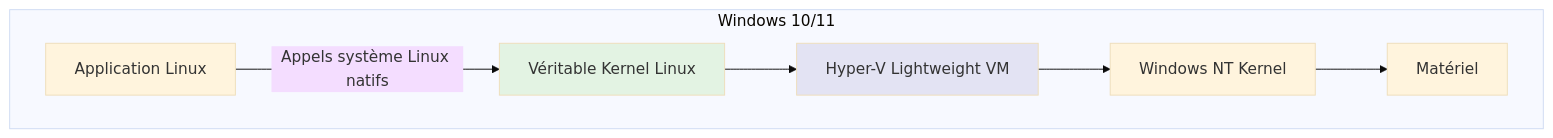
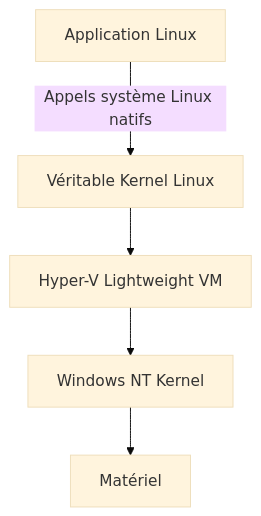
Before and after one commit to zyrass/omnydocs: the second of 4 diagrams in docs/bases/outils/environnement-virtuel/wsl.md, drawn with Mermaid (base theme). The commit also changed other lines of this file and 593 other files, not shown here.

````diff
--- a/docs/bases/outils/environnement-virtuel/wsl.md
+++ b/docs/bases/outils/environnement-virtuel/wsl.md
@@ -63,18 +61,13 @@
 ```mermaid
-graph TB
-    subgraph "Windows 10/11"
-        A[Application Linux]
-        B[Véritable Kernel Linux]
-        C[Hyper-V Lightweight VM]
-        D[Windows NT Kernel]
-        E[Matériel]
-    end
-    
+flowchart TB
+    A[Application Linux]
+    B[Véritable Kernel Linux]
+    C[Hyper-V Lightweight VM]
+    D[Windows NT Kernel]
+    E[Matériel]
+
     A -->|Appels système Linux natifs| B
     B --> C
     C --> D
     D --> E
-    
-    style B fill:#e3f3e3
-    style C fill:#e3e3f3
 ```
````
